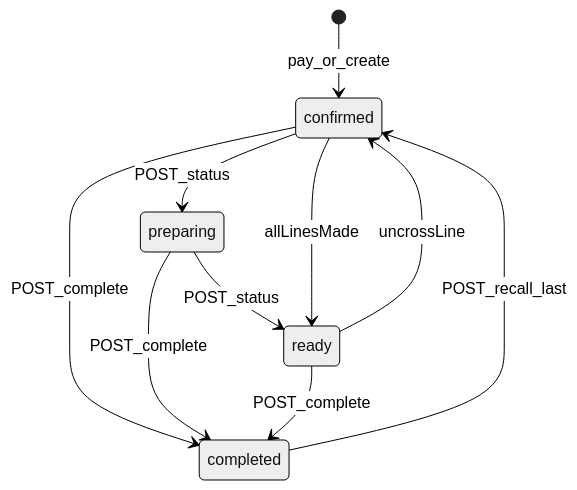
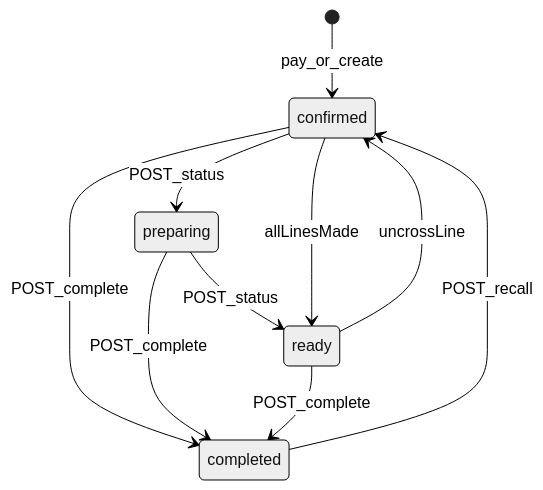
One commit to SeanIntegrator/moonshot changed the diagram in docs/architecture/kds-board.md. Above: the diagram before and after it, drawn with Mermaid (neutral theme). The commit also changed other lines of this file and 43 other files, not shown here.

````diff
--- a/docs/architecture/kds-board.md
+++ b/docs/architecture/kds-board.md
@@ -66,12 +66,12 @@
 ```mermaid
 stateDiagram-v2
   [*] --> confirmed: pay_or_create
   confirmed --> preparing: POST_status
   preparing --> ready: POST_status
   confirmed --> ready: allLinesMade
   ready --> confirmed: uncrossLine
   confirmed --> completed: POST_complete
   preparing --> completed: POST_complete
   ready --> completed: POST_complete
-  completed --> confirmed: POST_recall_last
+  completed --> confirmed: POST_recall
 ```
````
